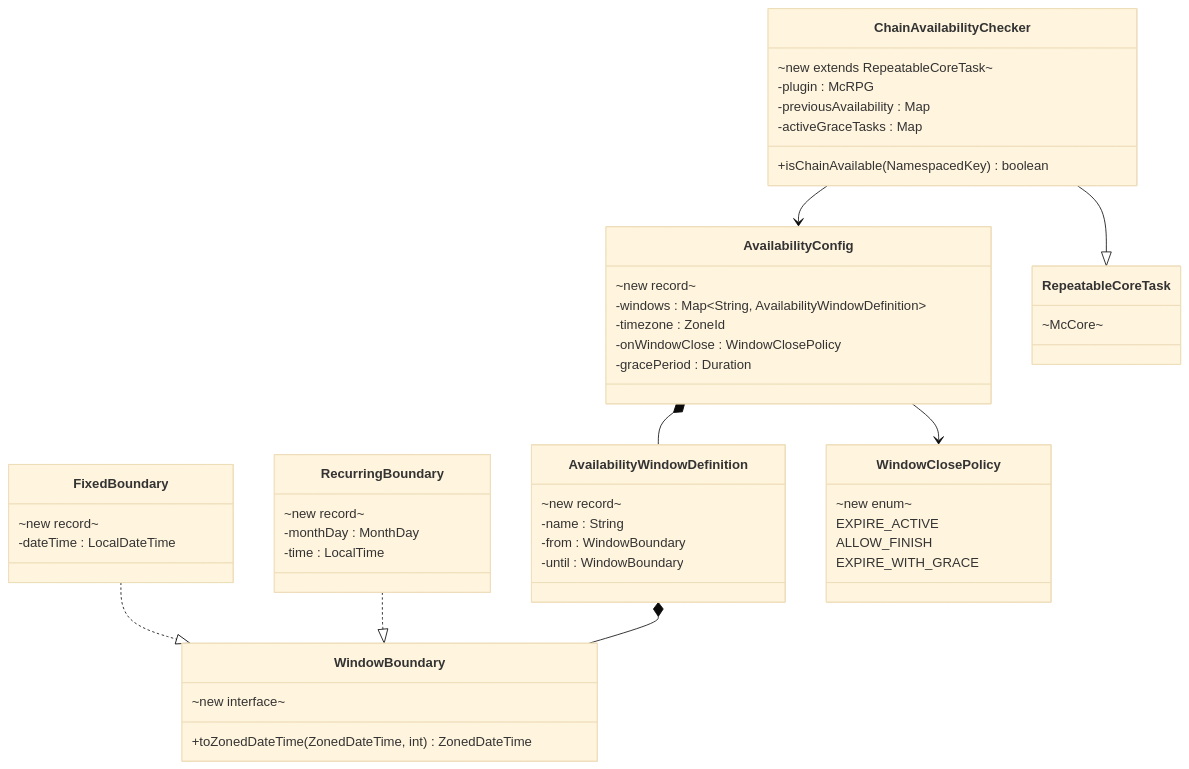
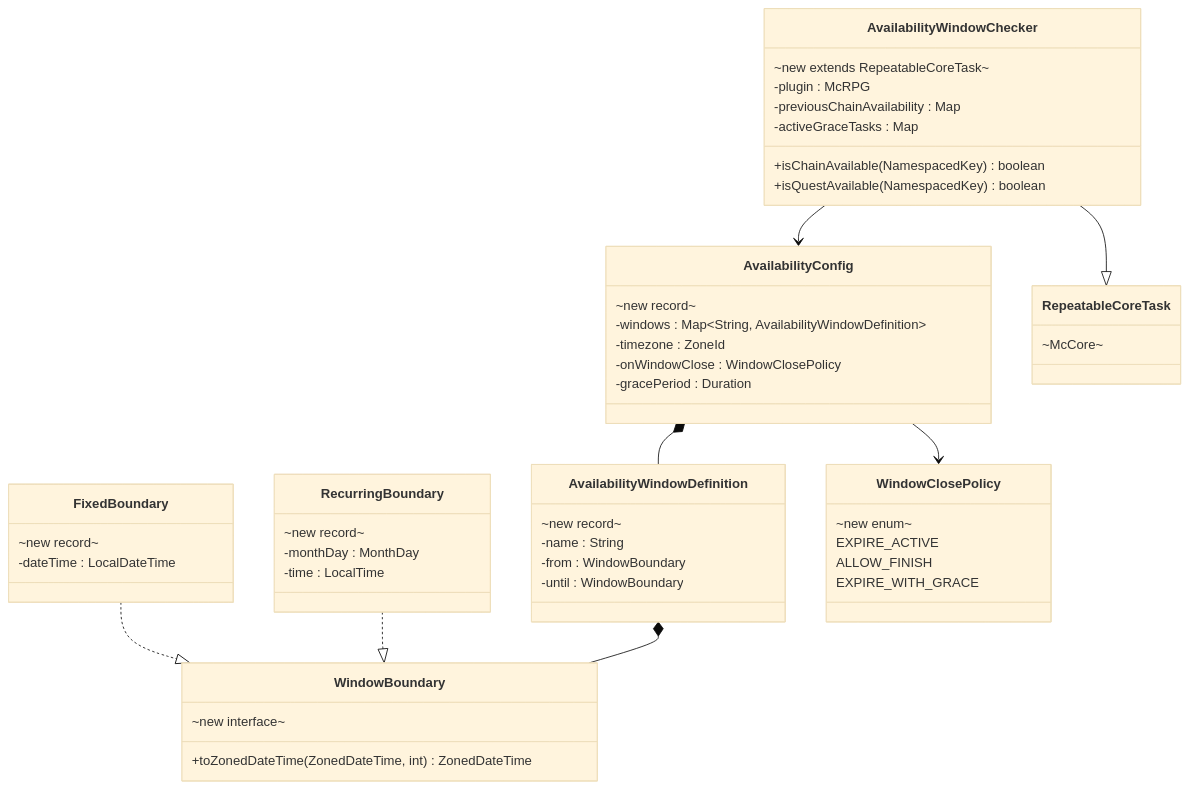
The second of 3 diagrams in docs/lld/tutorial-quest-system/phase-4-chain-system-backlog.md (DiamondDagger590/McRPG), drawn with Mermaid (base theme) before and after one commit. The commit also changed other lines of this file, not shown here.

First line of the commit message:
Add chain step preview metadata and quest close policies

````diff
--- a/docs/lld/tutorial-quest-system/phase-4-chain-system-backlog.md
+++ b/docs/lld/tutorial-quest-system/phase-4-chain-system-backlog.md
@@ -672,62 +673,63 @@
 ```mermaid
 classDiagram
     direction TB
 
     class WindowBoundary {
         ~new interface~
         +toZonedDateTime(ZonedDateTime, int) ZonedDateTime
     }
 
     class FixedBoundary {
         ~new record~
         -dateTime : LocalDateTime
     }
 
     class RecurringBoundary {
         ~new record~
         -monthDay : MonthDay
         -time : LocalTime
     }
 
     class AvailabilityWindowDefinition {
         ~new record~
         -name : String
         -from : WindowBoundary
         -until : WindowBoundary
     }
 
     class AvailabilityConfig {
         ~new record~
         -windows : Map~String, AvailabilityWindowDefinition~
         -timezone : ZoneId
         -onWindowClose : WindowClosePolicy
         -gracePeriod : Duration
     }
 
     class WindowClosePolicy {
         ~new enum~
         EXPIRE_ACTIVE
         ALLOW_FINISH
         EXPIRE_WITH_GRACE
     }
 
     class RepeatableCoreTask {
         ~McCore~
     }
 
-    class ChainAvailabilityChecker {
+    class AvailabilityWindowChecker {
         ~new extends RepeatableCoreTask~
         -plugin : McRPG
-        -previousAvailability : Map
+        -previousChainAvailability : Map
         -activeGraceTasks : Map
         +isChainAvailable(NamespacedKey) boolean
+        +isQuestAvailable(NamespacedKey) boolean
     }
 
     FixedBoundary ..|> WindowBoundary
     RecurringBoundary ..|> WindowBoundary
     AvailabilityWindowDefinition *-- WindowBoundary
     AvailabilityConfig *-- AvailabilityWindowDefinition
     AvailabilityConfig --> WindowClosePolicy
-    ChainAvailabilityChecker --> AvailabilityConfig
-    ChainAvailabilityChecker --|> RepeatableCoreTask
+    AvailabilityWindowChecker --> AvailabilityConfig
+    AvailabilityWindowChecker --|> RepeatableCoreTask
 ```
````
